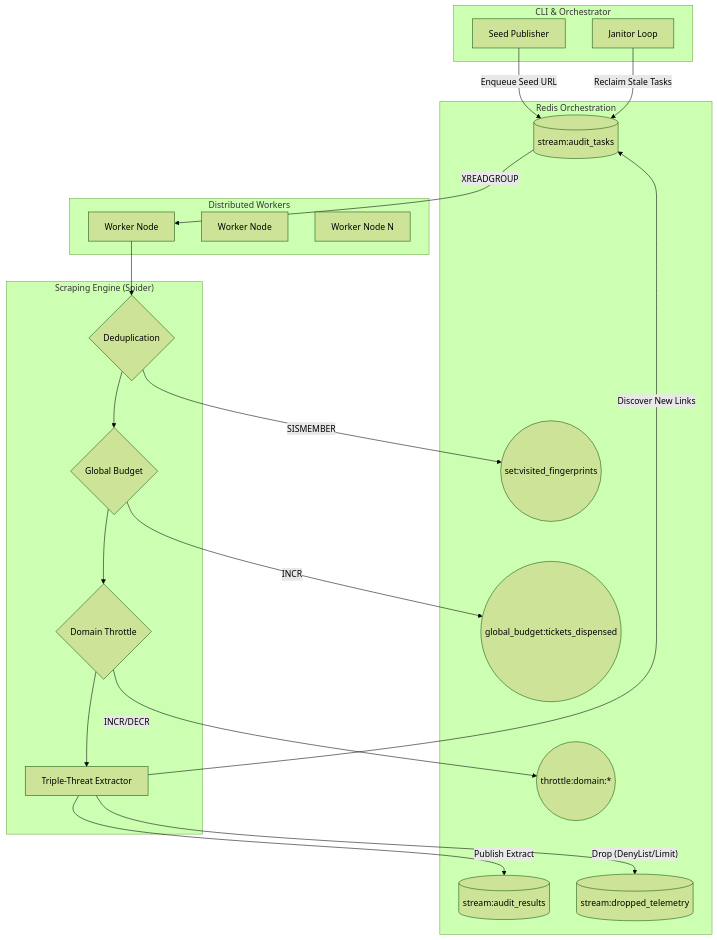
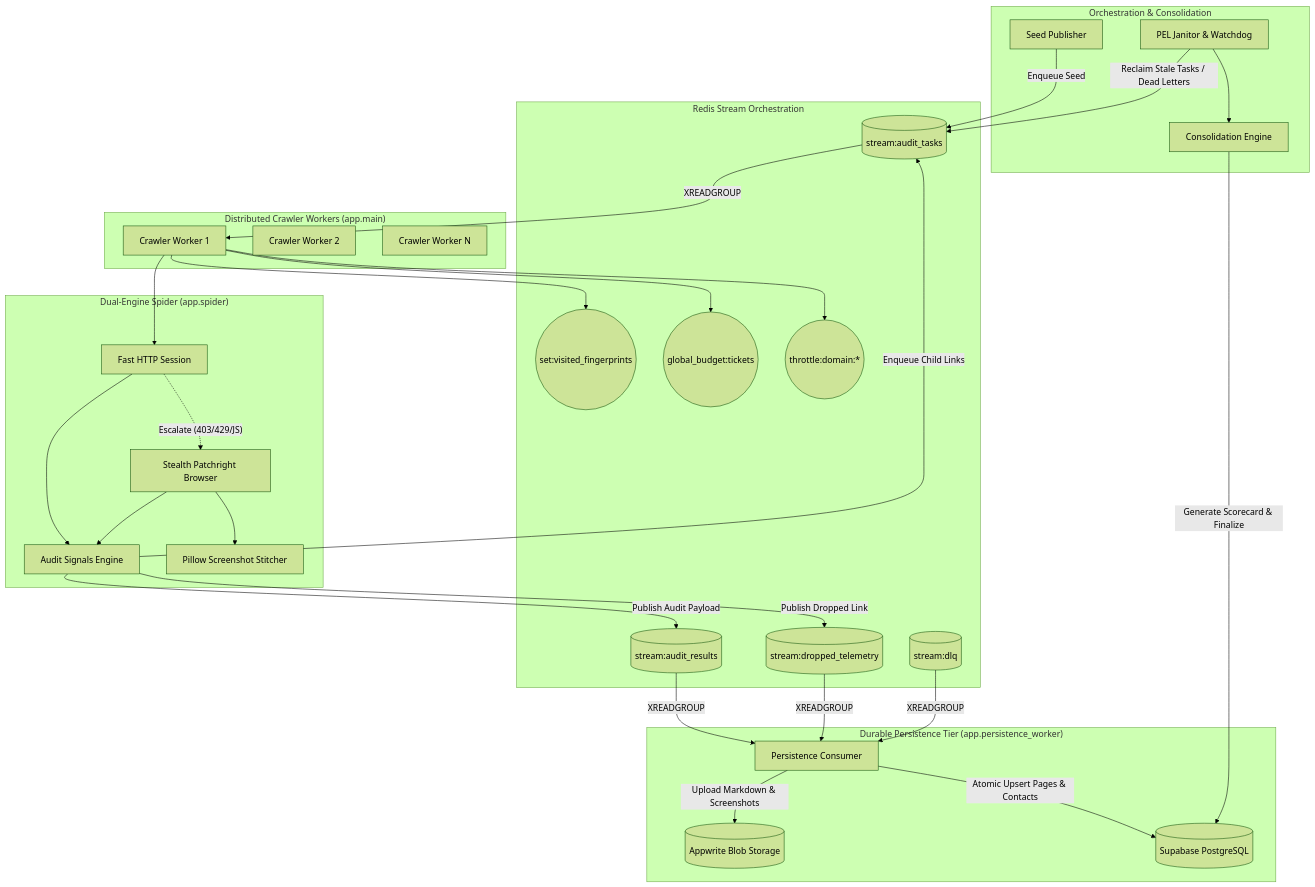
One commit to JohnJodinho/nexus-audit-crawler changed the diagram in README.md. Above: the diagram before and after it, drawn with Mermaid (forest theme). The commit also changed other lines of this file and 45 other files, not shown here.

Commit message:
feat: complete Phase 2, 3, 4 with dual-tier storage, enterprise audit signals, and consolidation engine

````diff
--- a/README.md
+++ b/README.md
@@ -15,45 +36,60 @@
 ```mermaid
 graph TD
-    subgraph "Redis Orchestration"
+    subgraph "Redis Stream Orchestration"
         Tasks[(stream:audit_tasks)]
         Results[(stream:audit_results)]
         Telemetry[(stream:dropped_telemetry)]
+        DLQ[(stream:dlq)]
         SetVisited((set:visited_fingerprints))
-        GlobalBudget((global_budget:tickets_dispensed))
+        GlobalBudget((global_budget:tickets))
         DomainSlots((throttle:domain:*))
     end
 
-    subgraph "CLI & Orchestrator"
-        Seed[Seed Publisher]
-        Janitor[Janitor Loop]
-    end
-    
-    subgraph "Distributed Workers"
-        Worker1[Worker Node]
-        Worker2[Worker Node]
-        WorkerN[Worker Node N]
+    subgraph "Distributed Crawler Workers (app.main)"
+        Worker1[Crawler Worker 1]
+        Worker2[Crawler Worker 2]
+        WorkerN[Crawler Worker N]
     end
 
-    subgraph "Scraping Engine (Spider)"
-        Gate1{Deduplication}
-        Gate2{Global Budget}
-        Gate3{Domain Throttle}
-        TripleThreat[Triple-Threat Extractor]
+    subgraph "Dual-Engine Spider (app.spider)"
+        FastFetch[Fast HTTP Session]
+        StealthBrowser[Stealth Patchright Browser]
+        Audits[Audit Signals Engine]
+        Stitcher[Pillow Screenshot Stitcher]
     end
 
-    Seed -- "Enqueue Seed URL" --> Tasks
-    Janitor -- "Reclaim Stale Tasks" --> Tasks
-    
+    subgraph "Durable Persistence Tier (app.persistence_worker)"
+        PersistWorker[Persistence Consumer]
+        Appwrite[(Appwrite Blob Storage)]
+        Postgres[(Supabase PostgreSQL)]
+    end
+
+    subgraph "Orchestration & Consolidation"
+        Publisher[Seed Publisher]
+        Janitor[PEL Janitor & Watchdog]
+        Consolidator[Consolidation Engine]
+    end
+
+    Publisher -- "Enqueue Seed" --> Tasks
+    Janitor -- "Reclaim Stale Tasks / Dead Letters" --> Tasks
+    Janitor --> Consolidator
+
     Tasks -- "XREADGROUP" --> Worker1
-    Worker1 --> Gate1
-    Gate1 -- "SISMEMBER" --> SetVisited
-    Gate1 --> Gate2
-    Gate2 -- "INCR" --> GlobalBudget
-    Gate2 --> Gate3
-    Gate3 -- "INCR/DECR" --> DomainSlots
-    
-    Gate3 --> TripleThreat
-    TripleThreat -- "Publish Extract" --> Results
-    TripleThreat -- "Discover New Links" --> Tasks
-    TripleThreat -- "Drop (DenyList/Limit)" --> Telemetry
+    Worker1 --> SetVisited
+    Worker1 --> GlobalBudget
+    Worker1 --> DomainSlots
+    Worker1 --> FastFetch
+
+    FastFetch -. "Escalate (403/429/JS)" .-> StealthBrowser
+    FastFetch & StealthBrowser --> Audits
+    StealthBrowser --> Stitcher
+
+    Audits -- "Publish Audit Payload" --> Results
+    Audits -- "Publish Dropped Link" --> Telemetry
+    Audits -- "Enqueue Child Links" --> Tasks
+
+    Results & Telemetry & DLQ -- "XREADGROUP" --> PersistWorker
+    PersistWorker -- "Upload Markdown & Screenshots" --> Appwrite
+    PersistWorker -- "Atomic Upsert Pages & Contacts" --> Postgres
+    Consolidator -- "Generate Scorecard & Finalize" --> Postgres
 ```
````
